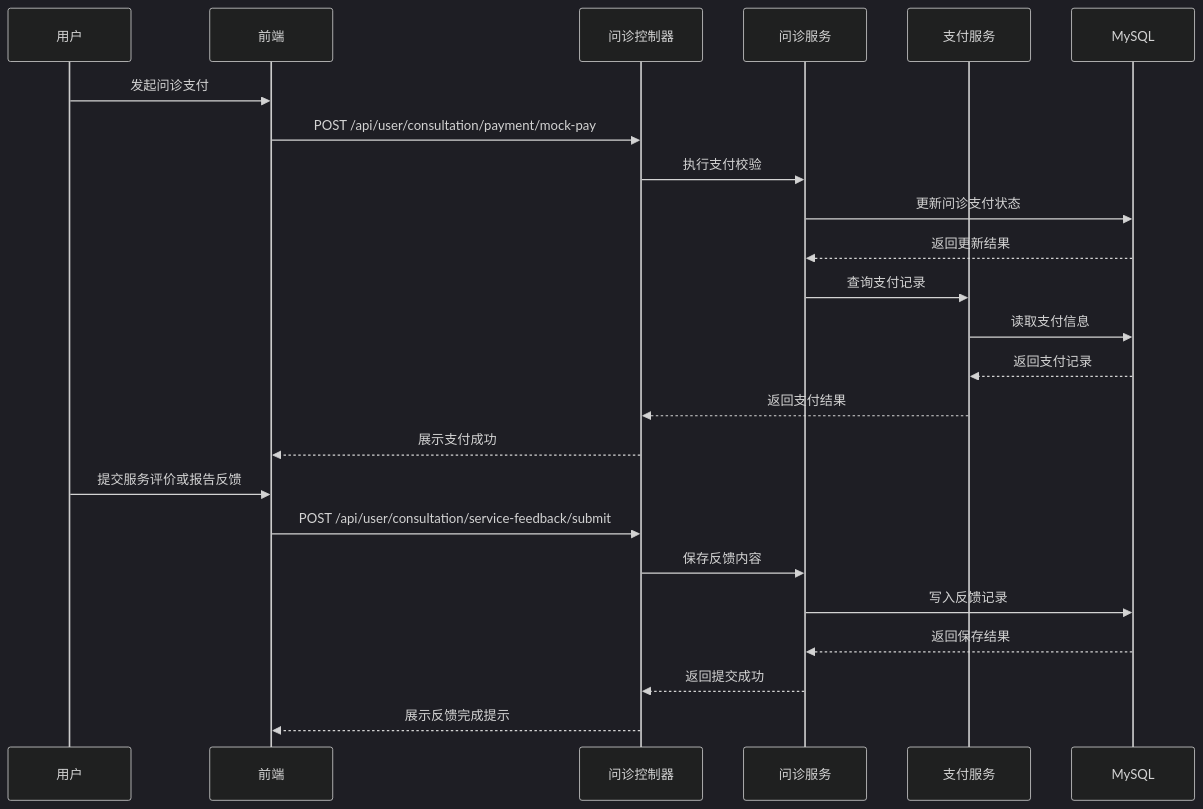
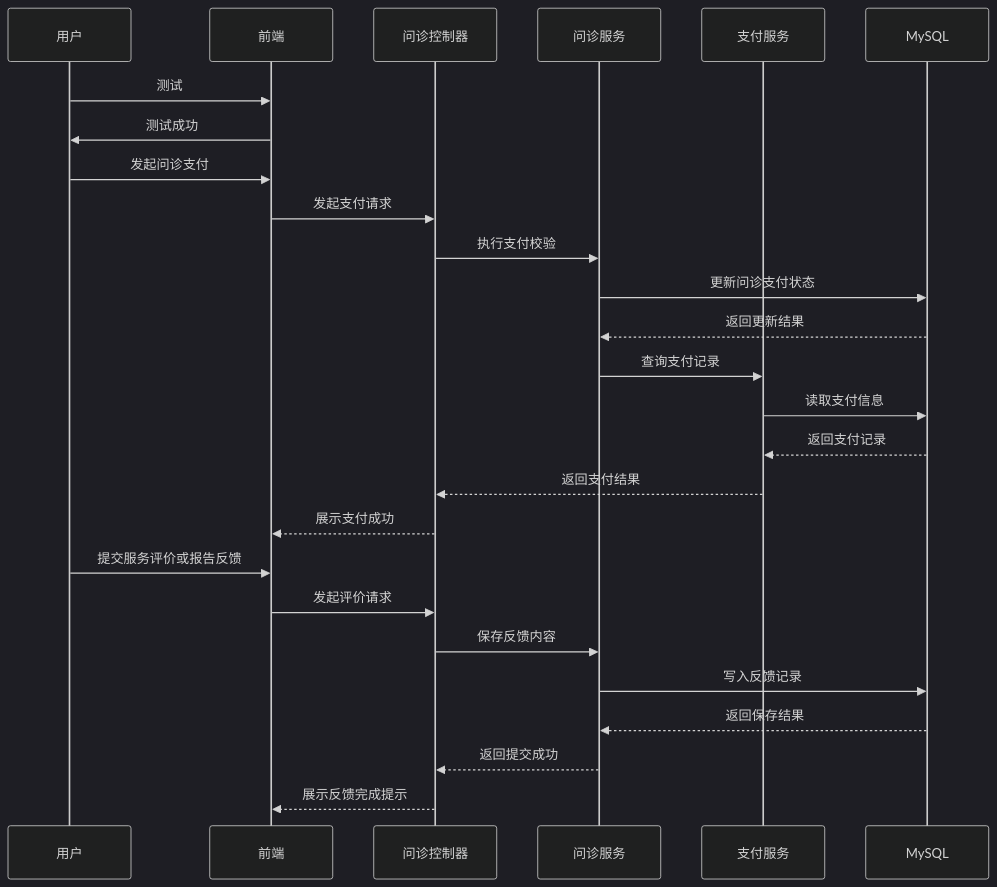
Before and after one commit to 1312255201/IntelligentConsultation: diagram 12 of 15 in 毕设.md, drawn with Mermaid (dark theme). The commit also changed other lines of this file and 5 other files, not shown here.

````diff
--- a/毕设.md
+++ b/毕设.md
@@ -676,27 +676,29 @@
 ```mermaid
 sequenceDiagram
     participant U as 用户
     participant F as 前端
     participant C as 问诊控制器
     participant S as 问诊服务
     participant P as 支付服务
     participant D as MySQL
-
+	
+	U->>F: 测试
+	F->>U: 测试成功
     U->>F: 发起问诊支付
-    F->>C: POST /api/user/consultation/payment/mock-pay
+    F->>C: 发起支付请求
     C->>S: 执行支付校验
     S->>D: 更新问诊支付状态
     D-->>S: 返回更新结果
     S->>P: 查询支付记录
     P->>D: 读取支付信息
     D-->>P: 返回支付记录
     P-->>C: 返回支付结果
     C-->>F: 展示支付成功
     U->>F: 提交服务评价或报告反馈
-    F->>C: POST /api/user/consultation/service-feedback/submit
+    F->>C: 发起评价请求
     C->>S: 保存反馈内容
     S->>D: 写入反馈记录
     D-->>S: 返回保存结果
     S-->>C: 返回提交成功
     C-->>F: 展示反馈完成提示
 ```
````
